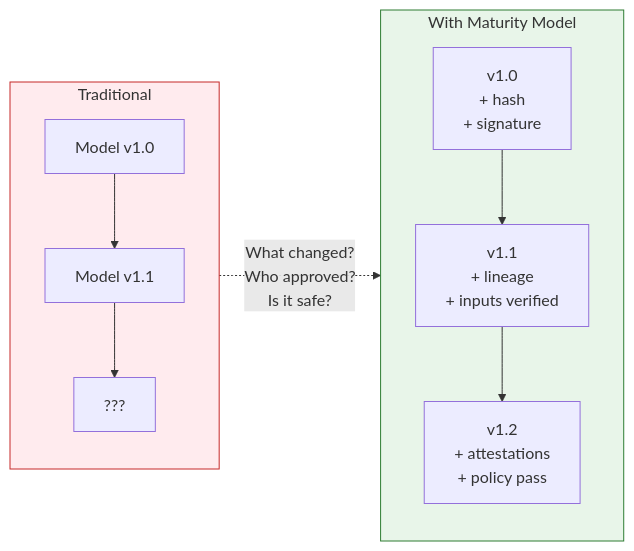
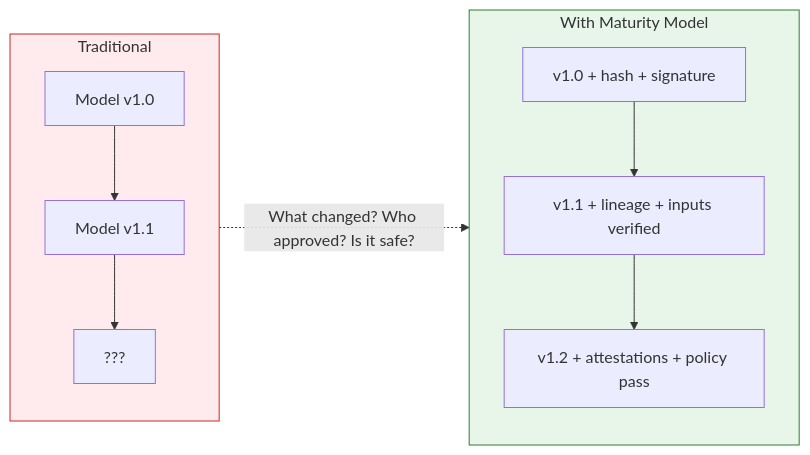
Before and after one commit to cosai-oasis/secure-ai-tooling: the first of 3 diagrams in risk-map/docs/artifact-integrity-maturity-pattern.md, drawn with Mermaid.

Commit message:
Update artifact-integrity-maturity-pattern.md
fixed line breaks

````diff
--- a/risk-map/docs/artifact-integrity-maturity-pattern.md
+++ b/risk-map/docs/artifact-integrity-maturity-pattern.md
@@ -20,15 +20,15 @@
 ```mermaid
 flowchart LR
     subgraph traditional["Traditional"]
         T1["Model v1.0"] --> T2["Model v1.1"] --> T3["???"]
     end
     
     subgraph maturity["With Maturity Model"]
-        M1["v1.0\n+ hash\n+ signature"] --> M2["v1.1\n+ lineage\n+ inputs verified"] --> M3["v1.2\n+ attestations\n+ policy pass"]
+        M1["v1.0 + hash + signature"] --> M2["v1.1 + lineage + inputs verified"] --> M3["v1.2 + attestations + policy pass"]
     end
     
-    traditional -.->|"What changed?\nWho approved?\nIs it safe?"| maturity
+    traditional -.->|"What changed? Who approved? Is it safe?"| maturity
     
     style traditional fill:#ffebee,stroke:#c62828
     style maturity fill:#e8f5e9,stroke:#2e7d32
 ```
````
